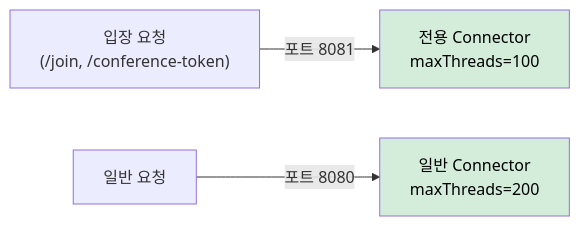
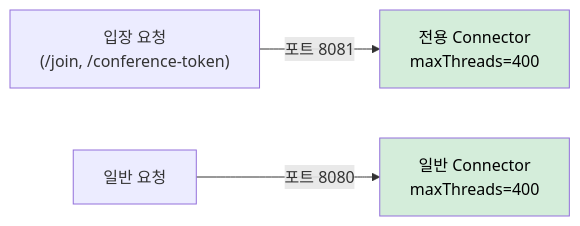
One commit to sujinnkim/A_Personal changed diagram 15 of 40 in report/3/3.2-아키텍처문제분석및설계전략.md. Above: the diagram before and after it, drawn with Mermaid. The commit also changed other lines of this file and 30 other files, not shown here.

````diff
--- a/report/3/3.2-아키텍처문제분석및설계전략.md
+++ b/report/3/3.2-아키텍처문제분석및설계전략.md
@@ -475,7 +475,7 @@
 ```mermaid
 flowchart LR
-    REQ_J["입장 요청\n(/join, /conference-token)"] -->|"포트 8081"| C8081["전용 Connector\nmaxThreads=100"]
-    REQ_Q["일반 요청"] -->|"포트 8080"| C8080["일반 Connector\nmaxThreads=200"]
+    REQ_J["입장 요청\n(/join, /conference-token)"] -->|"포트 8081"| C8081["전용 Connector\nmaxThreads=400"]
+    REQ_Q["일반 요청"] -->|"포트 8080"| C8080["일반 Connector\nmaxThreads=400"]
     style C8081 fill:#d4edda,color:#000
     style C8080 fill:#d4edda,color:#000
 ```
````
